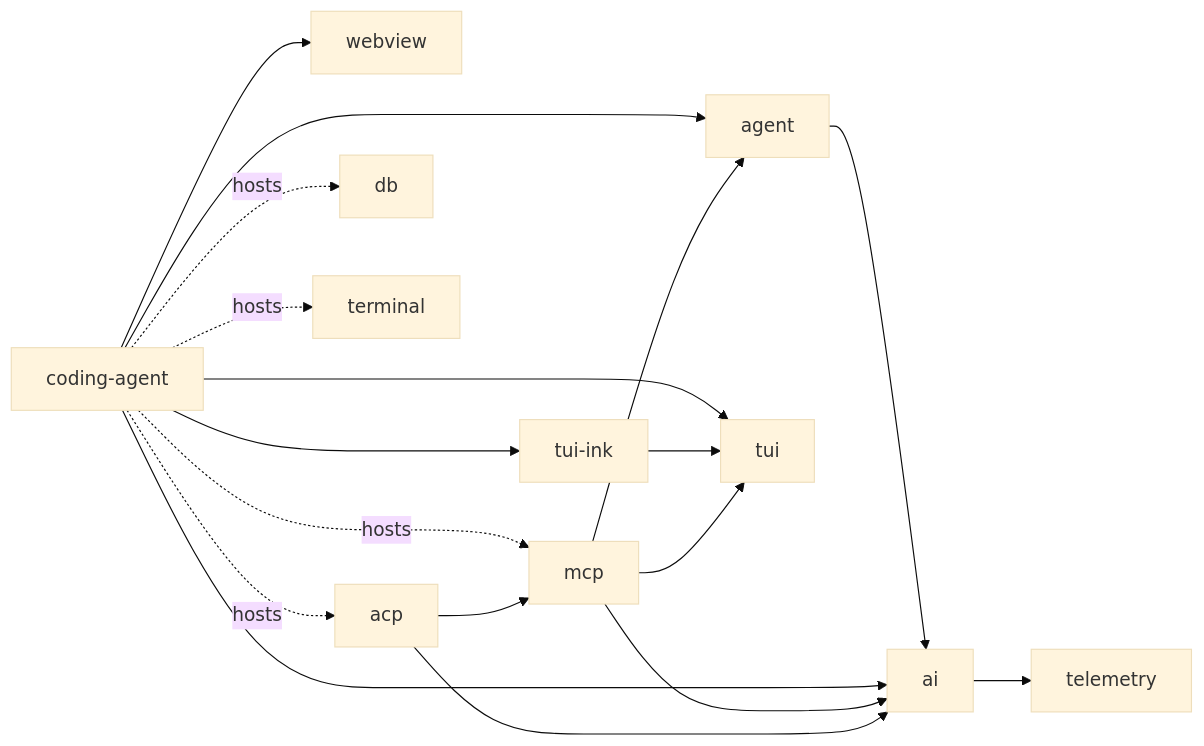
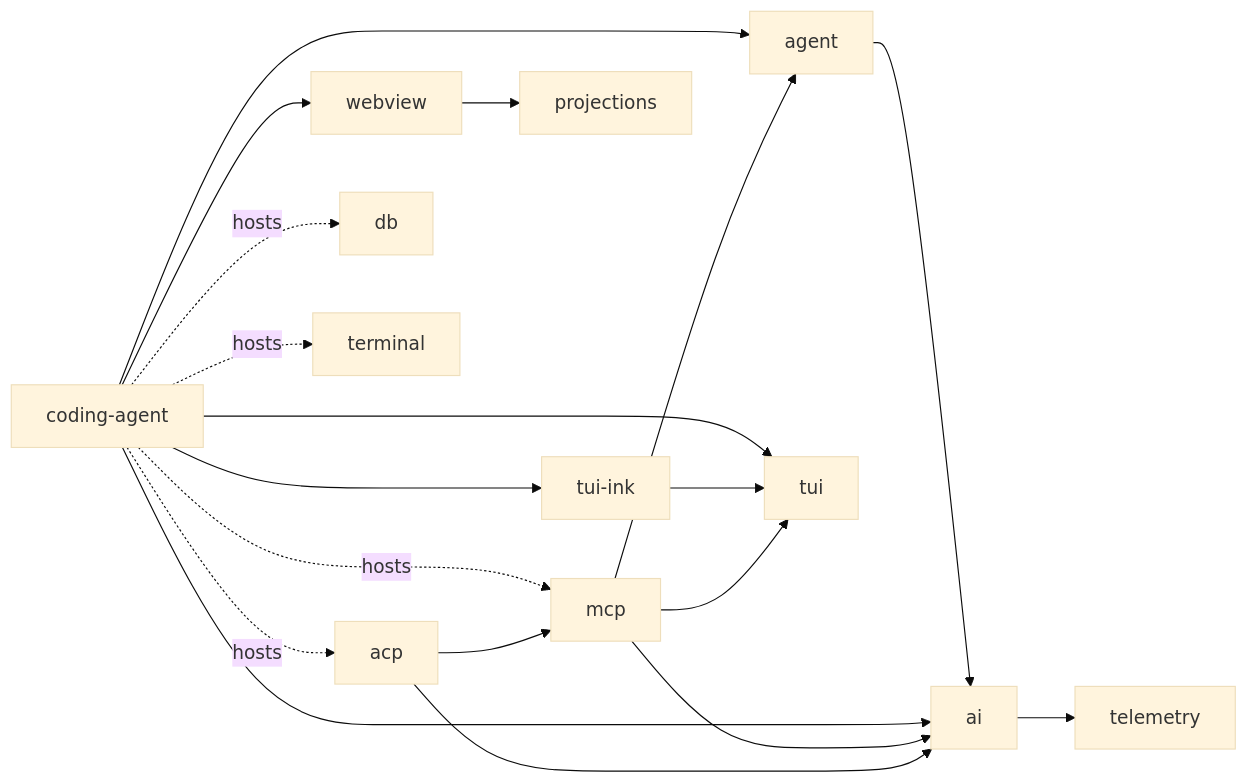
One commit to bgauryy/octocode-coding-agent changed the third of 4 diagrams in DEVELOPMENT.md. Above: the diagram before and after it, drawn with Mermaid (base theme). The commit also changed other lines of this file and 781 other files, not shown here.

````diff
--- a/DEVELOPMENT.md
+++ b/DEVELOPMENT.md
@@ -128,17 +129,17 @@
 ```mermaid
 flowchart LR
   CA[coding-agent] --> AGENT[agent] --> AI[ai] --> TEL[telemetry]
   CA --> AI
   CA --> TUI[tui]
   CA --> INK[tui-ink] --> TUI
-  CA --> WEB[webview]
+  CA --> WEB[webview] --> PROJ[projections]
   CA -.->|hosts| MCP[mcp]
   CA -.->|hosts| ACP[acp]
   CA -.->|hosts| DB[db]
   CA -.->|hosts| TERM[terminal]
   MCP --> AGENT
   MCP --> AI
   MCP --> TUI
   ACP --> MCP
   ACP --> AI
 ```
````
